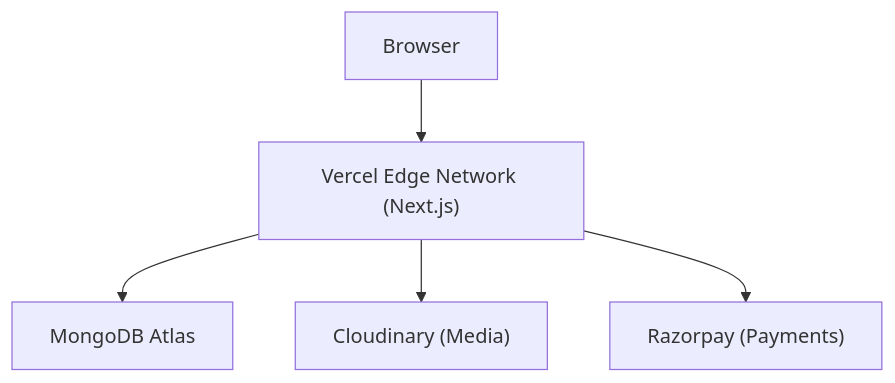
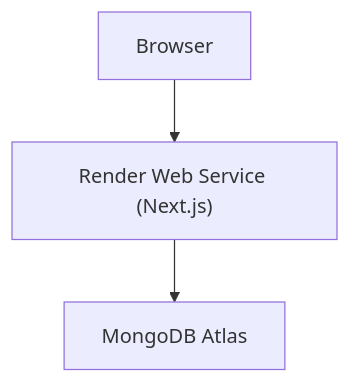
Before and after one commit to heukcare01/aetheravia: the diagram in deployment_guide.md, drawn with Mermaid. The commit also changed other lines of this file and 86 other files, not shown here.

````diff
--- a/deployment_guide.md
+++ b/deployment_guide.md
@@ -18,7 +13,5 @@
 ```mermaid
 graph TD
-    Client["Browser"] --> Vercel["Vercel Edge Network (Next.js)"]
-    Vercel --> Mongo["MongoDB Atlas"]
-    Vercel --> Cloudinary["Cloudinary (Media)"]
-    Vercel --> Razorpay["Razorpay (Payments)"]
+    Client["Browser"] --> Render["Render Web Service (Next.js)"]
+    Render --> Mongo["MongoDB Atlas"]
 ```
````
